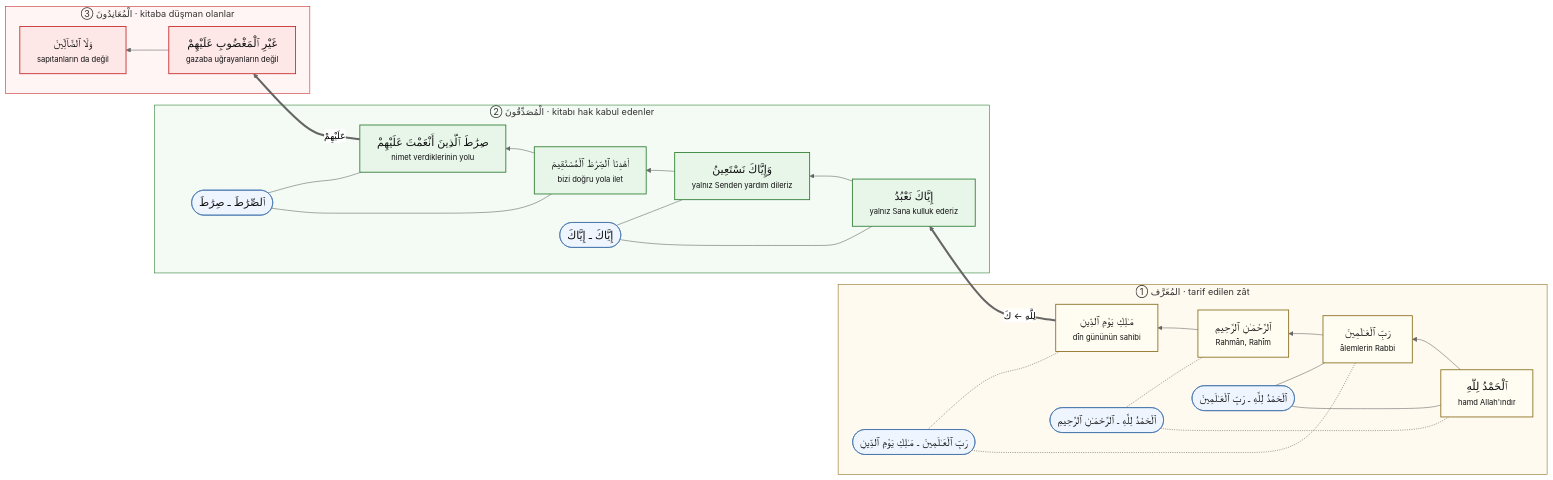
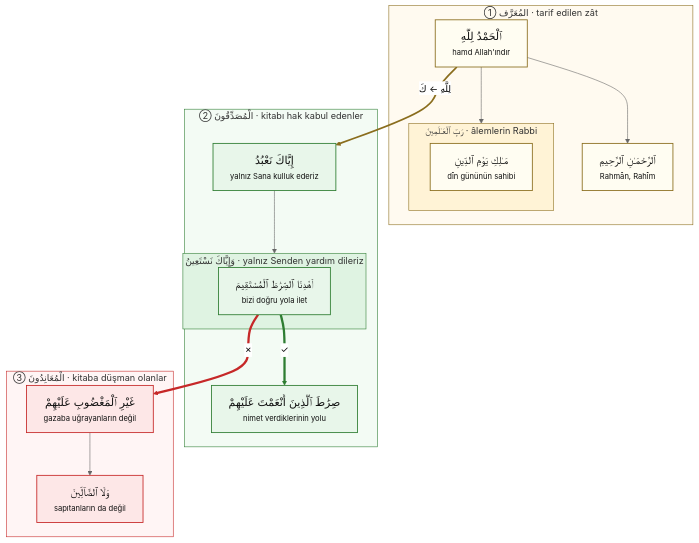
One commit to yabadabadu1234/Mucit-ai changed the diagram in kuran_hikmetleri/kitap_destek/akis_semasi/001_Fatiha_sure.mmd. Above: the diagram before and after it, drawn with Mermaid (neutral theme). The commit also changed 1 other file, not shown here.

Commit message:
Fâtiha sûre şeması: kutu içinde kutu, tik ve çarpı dalı
Claude-Session: https://claude.ai/code/session_01Wissfu7E6eQzc5csB6tuKm

```diff
--- a/kuran_hikmetleri/kitap_destek/akis_semasi/001_Fatiha_sure.mmd
+++ b/kuran_hikmetleri/kitap_destek/akis_semasi/001_Fatiha_sure.mmd
@@ -1,50 +1,43 @@
-%% Fâtiha (1) -- SÛRENİN KENDİ LAFZIYLA ŞEMA. TEKLİF, mühürsüz (F 3-I 337). Düğüm = âyetin kendi parçası; yan söz yok; hikmet yerleşimde.
-flowchart RL
+%% Fâtiha (1) -- SÛRENİN KENDİ LAFZIYLA ŞEMA. TEKLİF, mühürsüz (F 3-I 337). Düğüm = âyetin kendi parçası; kutu içinde kutu = kategori; ✓ ve ✗ = dallanma.
+flowchart TB
   classDef ayet fill:#fffdf2,stroke:#8a6d1d,color:#111,stroke-width:1.5px
-  classDef bag fill:#eef5ff,stroke:#3b6ea8,color:#111
   classDef kabul fill:#e8f6ea,stroke:#2e7d32,color:#111,stroke-width:1.5px
   classDef red fill:#fde7e7,stroke:#c62828,color:#111,stroke-width:1.5px
-  classDef baslik fill:#ffffff,stroke:#999,color:#333,stroke-dasharray:4 3
 
   subgraph M1["① المُعَرَّف · tarif edilen zât"]
     B1["<big>ٱلْحَمْدُ لِلَّهِ</big><br/><small>hamd Allah'ındır</small>"]:::ayet
-    B2["<big>رَبِّ ٱلْعَـٰلَمِينَ</big><br/><small>âlemlerin Rabbi</small>"]:::ayet
     B3["<big>ٱلرَّحْمَـٰنِ ٱلرَّحِيمِ</big><br/><small>Rahmân, Rahîm</small>"]:::ayet
-    B4["<big>مَـٰلِكِ يَوْمِ ٱلدِّينِ</big><br/><small>dîn gününün sahibi</small>"]:::ayet
-    R1(["<big>ٱلْحَمْدُ لِلَّهِ ـ رَبِّ ٱلْعَـٰلَمِينَ</big>"]):::bag
-    R2(["<big>ٱلْحَمْدُ لِلَّهِ ـ ٱلرَّحْمَـٰنِ ٱلرَّحِيمِ</big>"]):::bag
-    R3(["<big>رَبِّ ٱلْعَـٰلَمِينَ ـ مَـٰلِكِ يَوْمِ ٱلدِّينِ</big>"]):::bag
-    B1 --> B2 --> B3 --> B4
-    B1 --- R1
-    B2 --- R1
-    B1 -.- R2
-    B3 -.- R2
-    B2 -.- R3
-    B4 -.- R3
+    subgraph RB["رَبِّ ٱلْعَـٰلَمِينَ · âlemlerin Rabbi"]
+      B4["<big>مَـٰلِكِ يَوْمِ ٱلدِّينِ</big><br/><small>dîn gününün sahibi</small>"]:::ayet
+    end
+    B1 --> B3
+    B1 --> RB
   end
 
   subgraph M2["② الْمُصَدِّقُونَ · kitabı hak kabul edenler"]
     N1["<big>إِيَّاكَ نَعْبُدُ</big><br/><small>yalnız Sana kulluk ederiz</small>"]:::kabul
-    N2["<big>وَإِيَّاكَ نَسْتَعِينُ</big><br/><small>yalnız Senden yardım dileriz</small>"]:::kabul
-    N3["<big>ٱهْدِنَا ٱلصِّرَٰطَ ٱلْمُسْتَقِيمَ</big><br/><small>bizi doğru yola ilet</small>"]:::kabul
+    subgraph NS["وَإِيَّاكَ نَسْتَعِينُ · yalnız Senden yardım dileriz"]
+      N3["<big>ٱهْدِنَا ٱلصِّرَٰطَ ٱلْمُسْتَقِيمَ</big><br/><small>bizi doğru yola ilet</small>"]:::kabul
+    end
     N4["<big>صِرَٰطَ ٱلَّذِينَ أَنْعَمْتَ عَلَيْهِمْ</big><br/><small>nimet verdiklerinin yolu</small>"]:::kabul
-    H1(["<big>إِيَّاكَ ـ إِيَّاكَ</big>"]):::bag
-    H2(["<big>ٱلصِّرَٰطَ ـ صِرَٰطَ</big>"]):::bag
-    N1 --> N2 --> N3 --> N4
-    N1 --- H1
-    N2 --- H1
-    N3 --- H2
-    N4 --- H2
+    N1 --> NS
   end
 
   subgraph M3["③ الْمُعَانِدُونَ · kitaba düşman olanlar"]
     E1["<big>غَيْرِ ٱلْمَغْضُوبِ عَلَيْهِمْ</big><br/><small>gazaba uğrayanların değil</small>"]:::red
     E2["<big>وَلَا ٱلضَّآلِّينَ</big><br/><small>sapıtanların da değil</small>"]:::red
     E1 --> E2
   end
 
-  B4 ==>|"لِلَّهِ ← كَ"| N1
-  N4 ==>|"عَلَيْهِمْ"| E1
+  B1 ==>|"لِلَّهِ ← كَ"| N1
+  N3 ==>|"✓"| N4
+  N3 ==>|"✗"| E1
+
   style M1 fill:#fffaf0,stroke:#8a6d1d
   style M2 fill:#f3fbf4,stroke:#2e7d32
   style M3 fill:#fff5f5,stroke:#c62828
+  style RB fill:#fff3d6,stroke:#8a6d1d
+  style NS fill:#dff3e2,stroke:#2e7d32
+  linkStyle 4 stroke:#8a6d1d,stroke-width:3px
+  linkStyle 5 stroke:#2e7d32,stroke-width:4px
+  linkStyle 6 stroke:#c62828,stroke-width:4px
```
